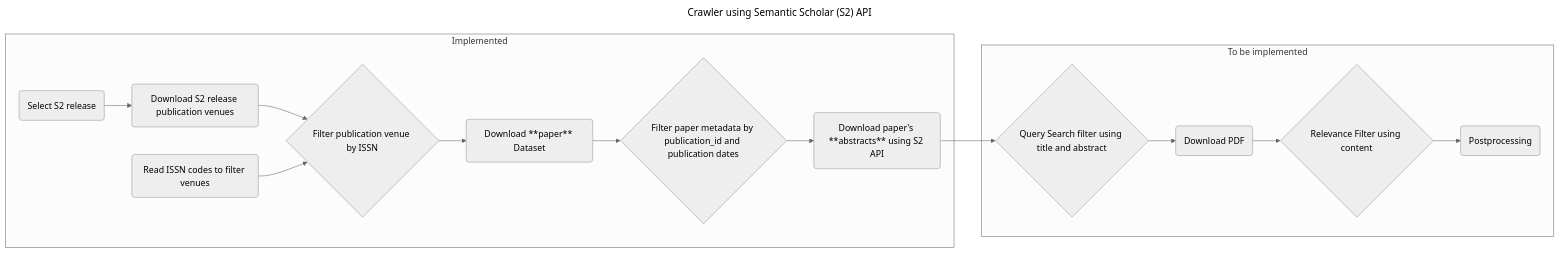
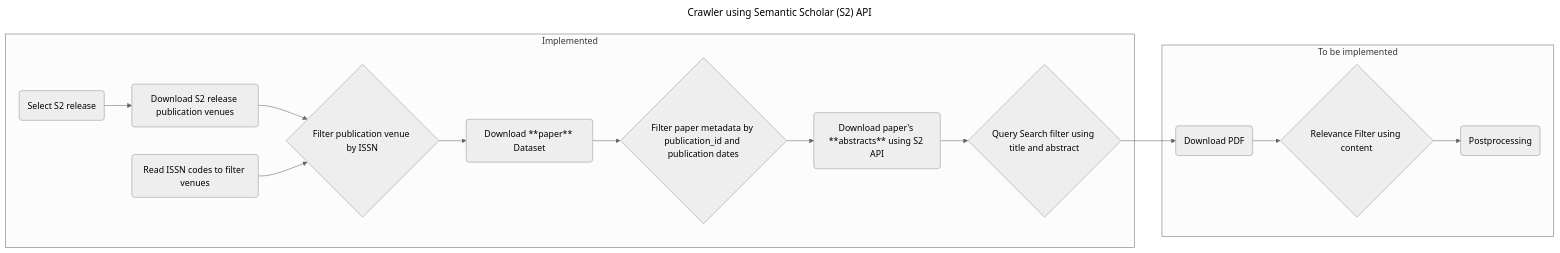
Before and after one commit to DFKI-NLP/kibad-crawler: the diagram in README.md, drawn with Mermaid (neutral theme). The commit also changed other lines of this file and 10 other files, not shown here.

````diff
--- a/README.md
+++ b/README.md
@@ -6,22 +6,22 @@
 ```mermaid
 ---
 title: Crawler using Semantic Scholar (S2) API
 ---
 flowchart LR
     subgraph Implemented
     release(Select S2 release) --> publication_venues
     publication_venues(Download S2 release publication venues)
     issn_codes(Read ISSN codes to filter venues)
     publication_venues --> filter_publication_venue{Filter publication venue by ISSN}
     issn_codes --> filter_publication_venue
     filter_publication_venue --> paper_dataset(Download **paper** Dataset)
     paper_dataset --> filter_dates{Filter paper metadata by publication_id and publication dates}
     filter_dates --> abstract_dataset(Download paper's **abstracts** using S2 API)
+    abstract_dataset --> search_string{Query Search filter using title and abstract}
     end
-    abstract_dataset --> search_string{Query Search filter using title and abstract}
     subgraph To be implemented
     search_string --> download_pdf(Download PDF)
     download_pdf --> relevance_filter{Relevance Filter using content}
     relevance_filter --> postprocessing(Postprocessing)
     end
 ```
````
